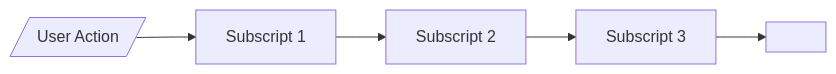
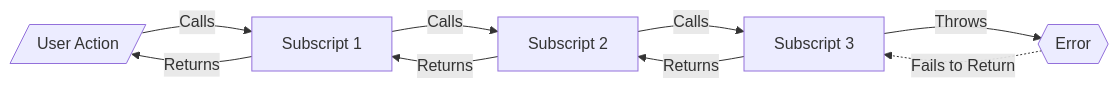
One commit to CloudChi/FX-Framework changed the first of 2 diagrams in Diagram Error Flow - Common.md. Above: the diagram before and after it, drawn with Mermaid. The commit also changed other lines of this file, not shown here.

Commit message:
Update Diagram Error Flow - Common.md

````diff
--- a/Diagram Error Flow - Common.md
+++ b/Diagram Error Flow - Common.md
@@ -1,4 +3,11 @@
 ```mermaid
 graph LR
-    A[/User Action/] --> B[Subscript 1] --> C[Subscript 2] --> D[Subscript 3] --> E[<Error>]
+    A[/User Action/] -- Calls --> B[Subscript 1] 
+    B -- Calls --> C[Subscript 2] 
+    C -- Calls --> D[Subscript 3] 
+    D -- Throws --> E{{Error}}
+    E -.Fails to Return.-> D
+    D -- Returns --> C
+    C -- Returns --> B
+    B -- Returns --> A
 ```
````
